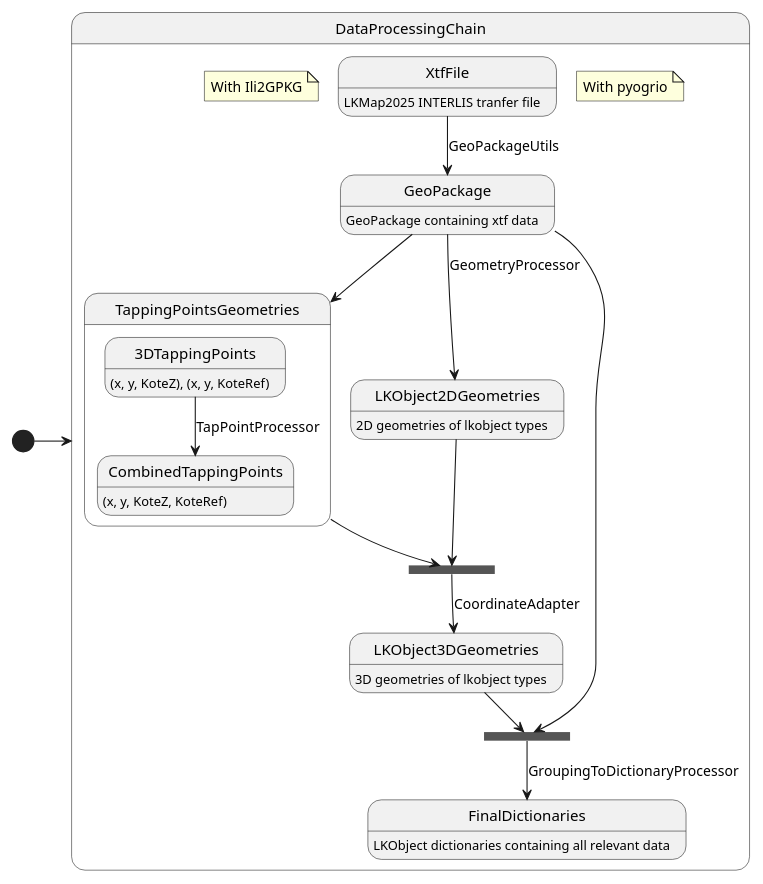
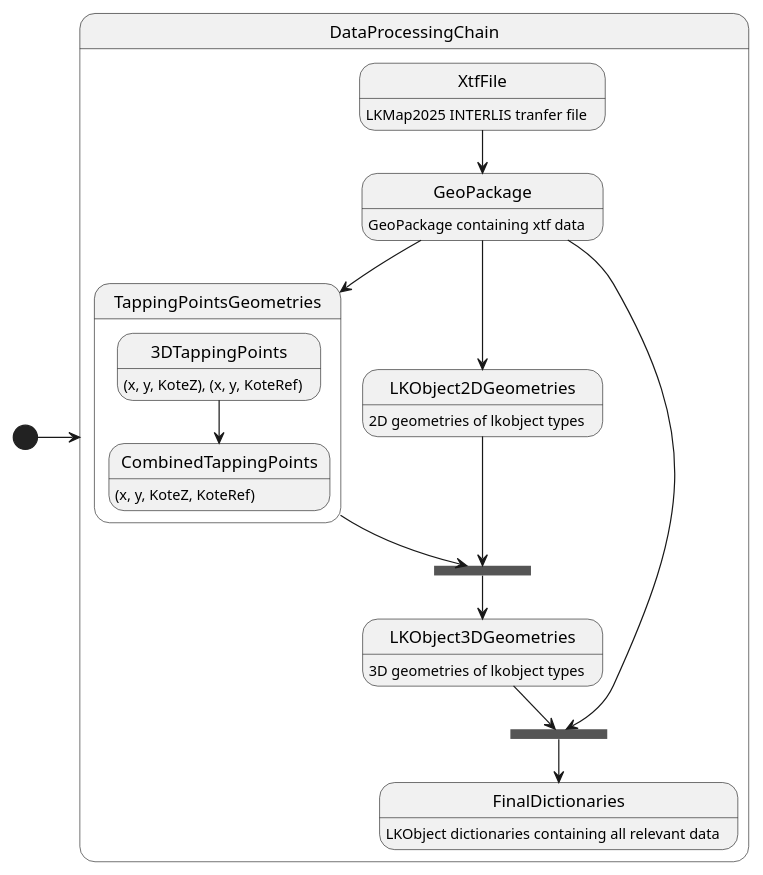
One commit to jmaier241117/LKMap2025_to_IFC_cli changed the diagram in resources/DataProcessingChain.puml. Above: the diagram before and after it, drawn with PlantUML. The commit also changed 11 other files, not shown here.

```diff
--- a/resources/DataProcessingChain.puml
+++ b/resources/DataProcessingChain.puml
@@ -1,37 +1,35 @@
 @startuml
 'https://plantuml.com/state-diagram
 
 scale 600 width
 
 [*] -> DataProcessingChain
 
 state DataProcessingChain{
-    note "With Ili2GPKG" as N1
     state XtfFile : LKMap2025 INTERLIS tranfer file
     state GeoPackage : GeoPackage containing xtf data
 
     state TappingPointsGeometries {
         state 3DTappingPoints : (x, y, KoteZ), (x, y, KoteRef)
         state CombinedTappingPoints : (x, y, KoteZ, KoteRef)
-        3DTappingPoints --> CombinedTappingPoints : TapPointProcessor
+        3DTappingPoints --> CombinedTappingPoints
     }
      state LKObject2DGeometries : 2D geometries of lkobject types
     state LKObject3DGeometries : 3D geometries of lkobject types
     state FinalDictionaries : LKObject dictionaries containing all relevant data
-    XtfFile --> GeoPackage : GeoPackageUtils
-    GeoPackage --> LKObject2DGeometries : GeometryProcessor
+    XtfFile --> GeoPackage
+    GeoPackage --> LKObject2DGeometries
     GeoPackage --> TappingPointsGeometries
     state CoordinateAdapter <<join>>
     TappingPointsGeometries --> CoordinateAdapter
     LKObject2DGeometries --> CoordinateAdapter
-    CoordinateAdapter --> LKObject3DGeometries : CoordinateAdapter
+    CoordinateAdapter --> LKObject3DGeometries
     state GroupingToDictionaryProcessor <<join>>
     GeoPackage --> GroupingToDictionaryProcessor
-    note "With pyogrio" as N2
     LKObject3DGeometries --> GroupingToDictionaryProcessor
-    GroupingToDictionaryProcessor --> FinalDictionaries : GroupingToDictionaryProcessor
+    GroupingToDictionaryProcessor --> FinalDictionaries
 }
 
 
 
 @enduml
```
